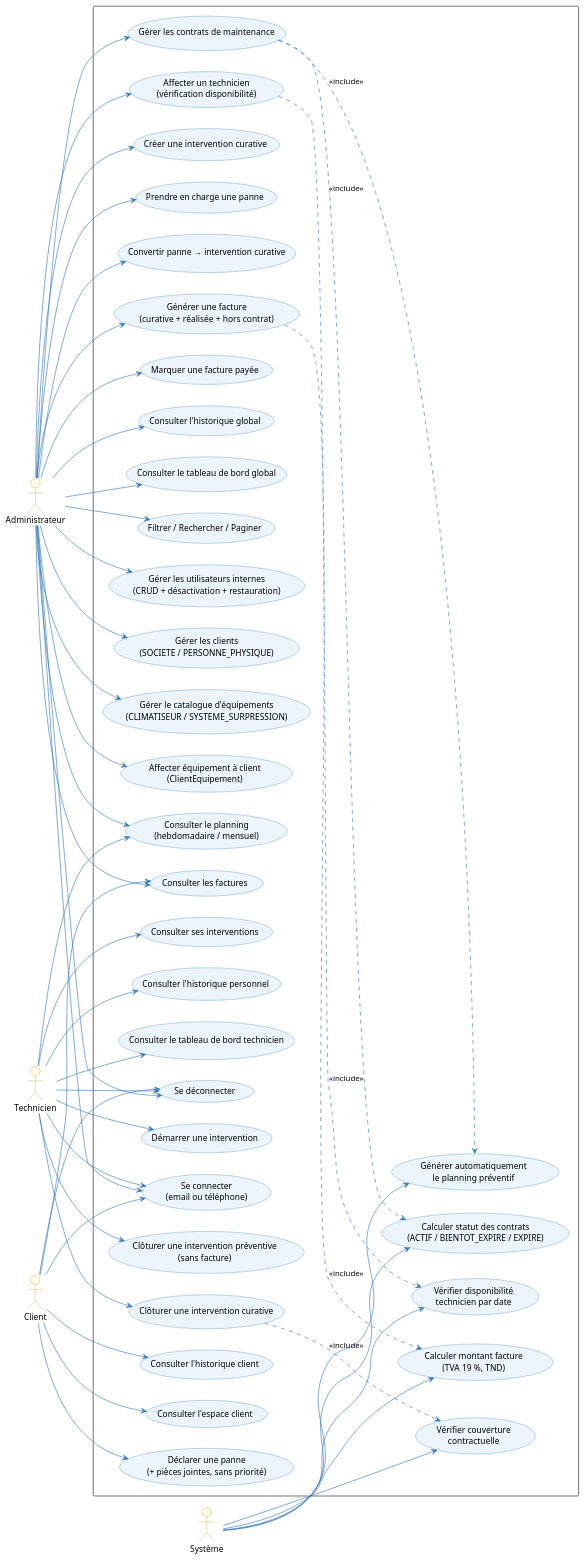
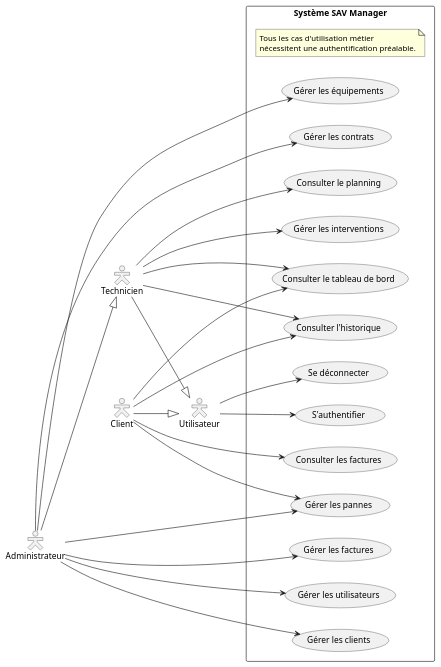
One commit to hendkharrat/pfe-sav changed the diagram in rapport/uml/01_global_use_case.puml. Above: the diagram before and after it, drawn with PlantUML. The commit also changed 75 other files, not shown here.

```diff
--- a/rapport/uml/01_global_use_case.puml
+++ b/rapport/uml/01_global_use_case.puml
@@ -1,120 +1,66 @@
 @startuml 01_global_use_case
-
 left to right direction
 skinparam packageStyle rectangle
-skinparam usecase {
-  BackgroundColor #EBF5FB
-  BorderColor #2E74B5
-  ArrowColor #2E74B5
-}
-skinparam actor {
-  BackgroundColor #FEF9E7
-  BorderColor #B7950B
+skinparam actorStyle Hollow
+
+' ── ACTEURS ──────────────────────────────────────
+actor "Utilisateur"    as U
+actor "Administrateur" as A
+actor "Technicien"     as T
+actor "Client"         as C
+
+A --|> T
+T --|> U
+C --|> U
+
+' ── SYSTÈME ──────────────────────────────────────
+rectangle "Système SAV Manager" {
+
+  note as N_AUTH
+    Tous les cas d'utilisation métier
+    nécessitent une authentification préalable.
+  end note
+
+  usecase "S'authentifier"                as UC01
+  usecase "Se déconnecter"                as UC02
+
+  usecase "Gérer les utilisateurs"        as UC03
+  usecase "Gérer les clients"             as UC04
+  usecase "Gérer les équipements"         as UC05
+  usecase "Gérer les contrats"            as UC06
+  usecase "Gérer les interventions"       as UC07
+  usecase "Gérer les pannes"              as UC08
+  usecase "Gérer les factures"            as UC09
+  usecase "Consulter les factures"        as UC10
+  usecase "Consulter le planning"         as UC11
+  usecase "Consulter le tableau de bord"  as UC12
+  usecase "Consulter l'historique"        as UC13
+
 }
 
-actor "Administrateur" as Admin
-actor "Technicien"      as Tech
-actor "Client"          as Cli
-actor "Système"         as Sys
+' ── ASSOCIATIONS ─────────────────────────────────
+' Utilisateur — authentification uniquement
+U --> UC01
+U --> UC02
 
-rectangle {
+' Administrateur — gestion globale (hérite des cas de Technicien)
+A --> UC03
+A --> UC04
+A --> UC05
+A --> UC06
+A --> UC08
+A --> UC09
 
-  ' ---- Authentification ----
-  usecase "Se connecter\n(email ou téléphone)" as UC01
-  usecase "Se déconnecter"                     as UC02
+' Technicien — interventions et consultation (hérite de Utilisateur)
+T --> UC07
+T --> UC11
+T --> UC12
+T --> UC13
 
-  ' ---- Référentiel ----
-  usecase "Gérer les utilisateurs internes\n(CRUD + désactivation + restauration)" as UC03
-  usecase "Gérer les clients\n(SOCIETE / PERSONNE_PHYSIQUE)"                       as UC04
-  usecase "Gérer le catalogue d'équipements\n(CLIMATISEUR / SYSTEME_SURPRESSION)"  as UC05
-  usecase "Affecter équipement à client\n(ClientEquipement)"                       as UC06
-  usecase "Gérer les contrats de maintenance"                                       as UC07
-
-  ' ---- Interventions ----
-  usecase "Affecter un technicien\n(vérification disponibilité)"  as UC09
-  usecase "Consulter le planning\n(hebdomadaire / mensuel)"        as UC10
-  usecase "Créer une intervention curative"                        as UC18
-  usecase "Prendre en charge une panne"                            as UC13
-  usecase "Convertir panne → intervention curative"               as UC14
-  usecase "Démarrer une intervention"                              as UC12a
-  usecase "Clôturer une intervention préventive\n(sans facture)"  as UC11
-  usecase "Clôturer une intervention curative"                     as UC15b
-  usecase "Consulter ses interventions"                            as UC17t
-  usecase "Déclarer une panne\n(+ pièces jointes, sans priorité)" as UC12
-
-  ' ---- Facturation ----
-  usecase "Générer une facture\n(curative + réalisée + hors contrat)" as UC16
-  usecase "Marquer une facture payée"                                  as UC18f
-  usecase "Consulter les factures"                                     as UC17
-
-  ' ---- Historique / Dashboard ----
-  usecase "Consulter l'historique global"           as UC19
-  usecase "Consulter l'historique personnel"        as UC19t
-  usecase "Consulter l'historique client"           as UC19c
-  usecase "Consulter le tableau de bord global"     as UC20a
-  usecase "Consulter le tableau de bord technicien" as UC20t
-  usecase "Consulter l'espace client"               as UC20c
-  usecase "Filtrer / Rechercher / Paginer"          as UC28
-
-  ' ---- Système automatique ----
-  usecase "Générer automatiquement\nle planning préventif"       as US_SYS1
-  usecase "Calculer statut des contrats\n(ACTIF / BIENTOT_EXPIRE / EXPIRE)" as US_SYS2
-  usecase "Vérifier disponibilité\ntechnicien par date"           as US_SYS3
-  usecase "Vérifier couverture\ncontractuelle"                    as US_SYS4
-  usecase "Calculer montant facture\n(TVA 19 %, TND)"             as US_SYS5
-}
-
-' --- Admin associations ---
-Admin --> UC01
-Admin --> UC02
-Admin --> UC03
-Admin --> UC04
-Admin --> UC05
-Admin --> UC06
-Admin --> UC07
-Admin --> UC09
-Admin --> UC10
-Admin --> UC18
-Admin --> UC13
-Admin --> UC14
-Admin --> UC16
-Admin --> UC18f
-Admin --> UC17
-Admin --> UC19
-Admin --> UC20a
-Admin --> UC28
-
-' --- Technicien associations ---
-Tech --> UC01
-Tech --> UC02
-Tech --> UC10
-Tech --> UC12a
-Tech --> UC11
-Tech --> UC15b
-Tech --> UC17t
-Tech --> UC19t
-Tech --> UC20t
-
-' --- Client associations ---
-Cli --> UC01
-Cli --> UC02
-Cli --> UC12
-Cli --> UC17
-Cli --> UC19c
-Cli --> UC20c
-
-' --- Système associations ---
-Sys --> US_SYS1
-Sys --> US_SYS2
-Sys --> US_SYS3
-Sys --> US_SYS4
-Sys --> US_SYS5
-
-' --- include / extend ---
-UC07 ..> US_SYS1 : <<include>>
-UC07 ..> US_SYS2 : <<include>>
-UC09 ..> US_SYS3 : <<include>>
-UC15b ..> US_SYS4 : <<include>>
-UC16 ..> US_SYS5 : <<include>>
+' Client — déclarations et consultation personnelle (hérite de Utilisateur)
+C --> UC08
+C --> UC10
+C --> UC12
+C --> UC13
 
 @enduml
```
